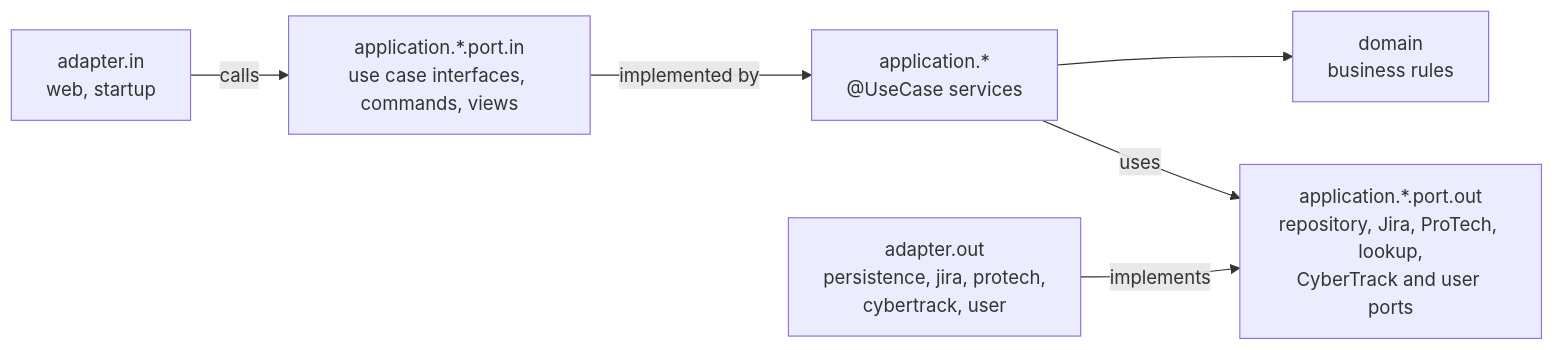
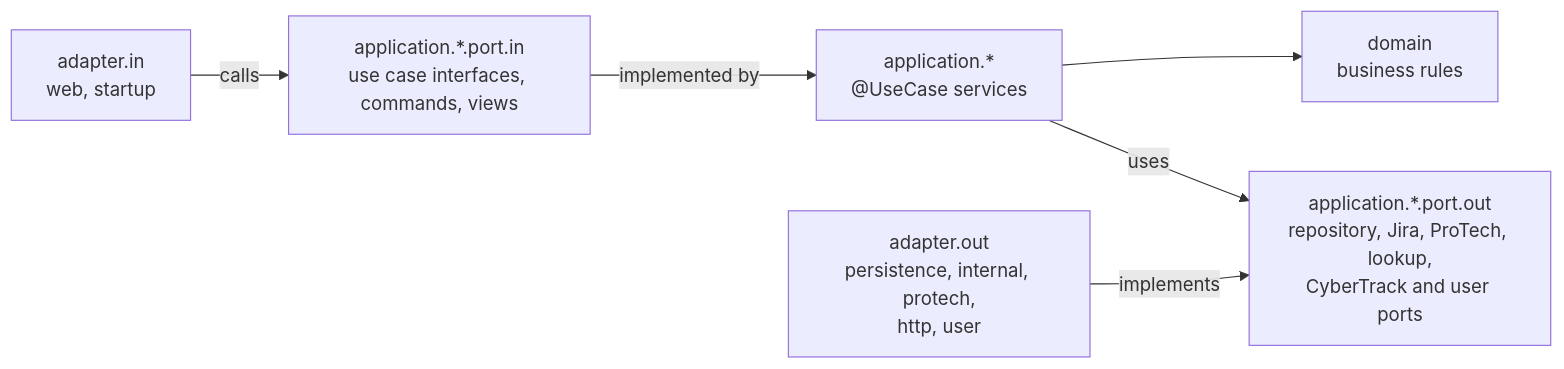
One commit to mateuszmatan/Beadle-GUI changed the second of 3 diagrams in README.md. Above: the diagram before and after it, drawn with Mermaid. The commit also changed other lines of this file and 60 other files, not shown here.

````diff
--- a/README.md
+++ b/README.md
@@ -663,14 +692,14 @@
 ```mermaid
 flowchart LR
     ain["adapter.in<br/>web, startup"]
     pin["application.*.port.in<br/>use case interfaces, commands, views"]
     usecases["application.*<br/>@UseCase services"]
     domain["domain<br/>business rules"]
     pout["application.*.port.out<br/>repository, Jira, ProTech, lookup,<br/>CyberTrack and user ports"]
-    aout["adapter.out<br/>persistence, jira, protech,<br/>cybertrack, user"]
+    aout["adapter.out<br/>persistence, internal, protech,<br/>http, user"]
     ain -- "calls" --> pin
     pin -- "implemented by" --> usecases
     usecases --> domain
     usecases -- "uses" --> pout
     aout -- "implements" --> pout
 ```
````
